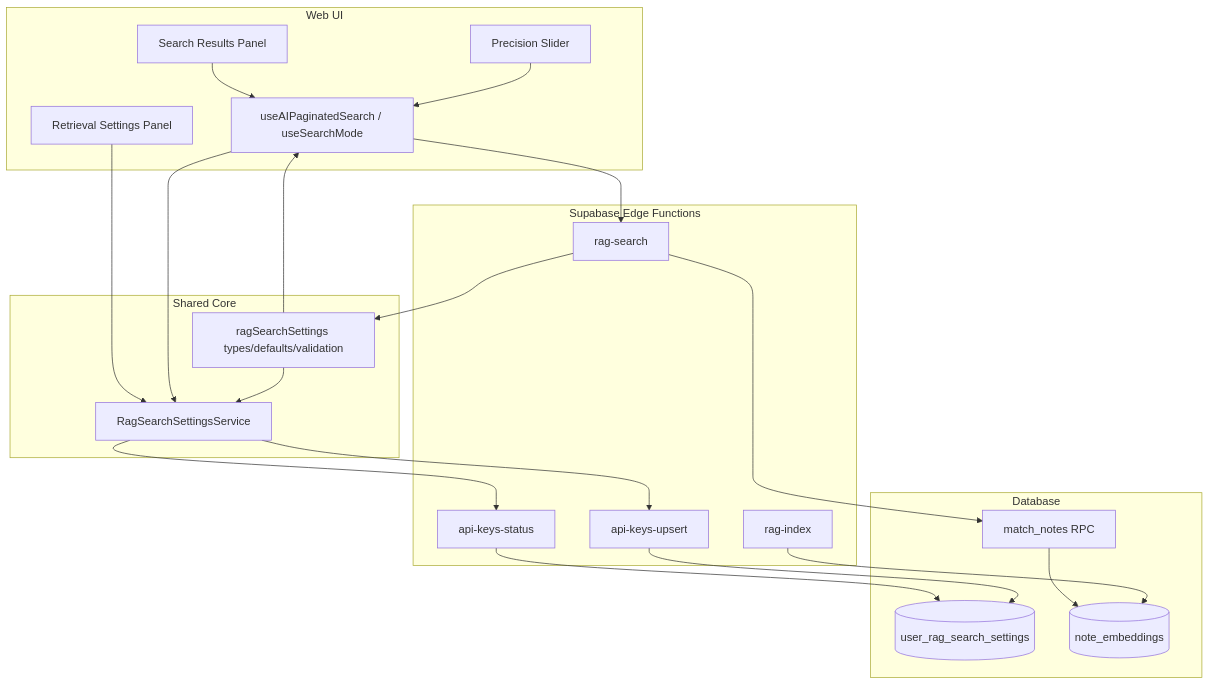
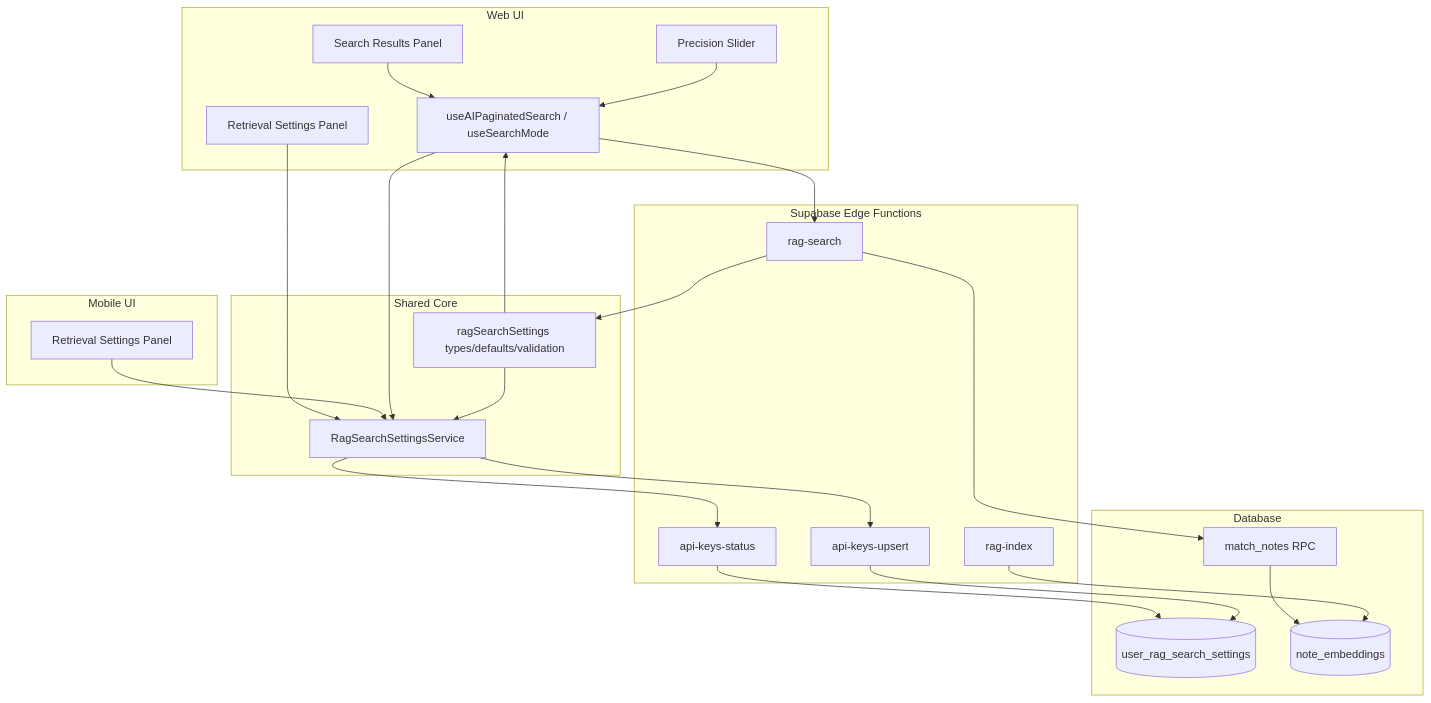
One commit to koreyba/EverFreeNote changed the diagram in docs/ai/design/feature-rag-retrieval-tuning-ui.md. Above: the diagram before and after it, drawn with Mermaid. The commit also changed 11 other files, not shown here.

````diff
--- a/docs/ai/design/feature-rag-retrieval-tuning-ui.md
+++ b/docs/ai/design/feature-rag-retrieval-tuning-ui.md
@@ -12,43 +12,48 @@
 ```mermaid
 graph TD
     subgraph Web UI
         Settings["Retrieval Settings Panel"]
         SearchUI["Search Results Panel"]
         Slider["Precision Slider"]
         Hook["useAIPaginatedSearch / useSearchMode"]
+    end
+
+    subgraph Mobile UI
+        MobileSettings["Retrieval Settings Panel"]
     end
 
     subgraph Shared Core
         Types["ragSearchSettings types/defaults/validation"]
         Service["RagSearchSettingsService"]
     end
 
     subgraph Supabase Edge Functions
         Status["api-keys-status"]
         Upsert["api-keys-upsert"]
         RagSearch["rag-search"]
         RagIndex["rag-index"]
     end
 
     subgraph Database
         SearchSettings[("user_rag_search_settings")]
         MatchNotes["match_notes RPC"]
         Embeddings[("note_embeddings")]
     end
 
     Settings --> Service
+    MobileSettings --> Service
     SearchUI --> Hook
     Slider --> Hook
     Hook --> Service
     Service --> Status
     Service --> Upsert
     Hook --> RagSearch
     Status --> SearchSettings
     Upsert --> SearchSettings
     RagSearch --> MatchNotes
     MatchNotes --> Embeddings
     RagIndex --> Embeddings
     Types --> Service
     Types --> Hook
     RagSearch --> Types
 ```
````
